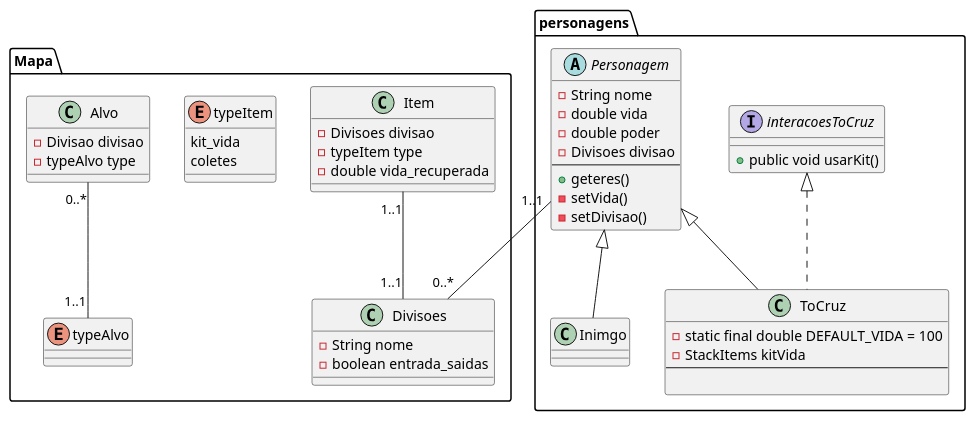
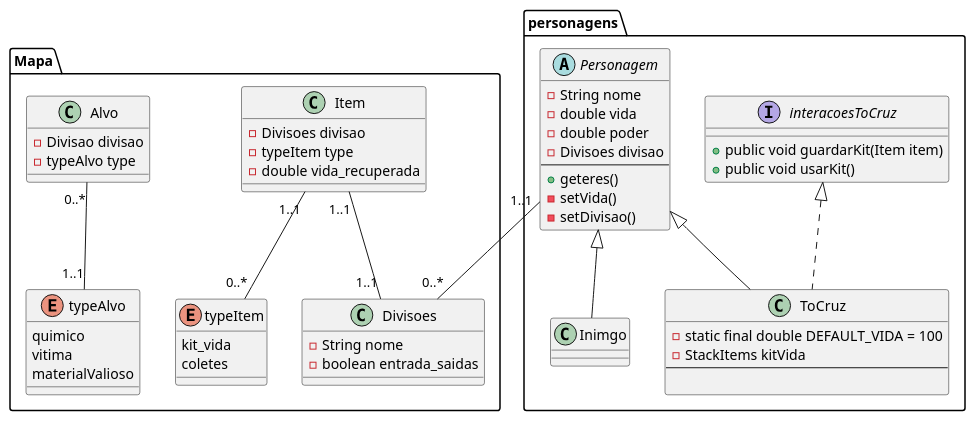
Before and after one commit to Arturito2005/TrabalhoGrupoED_ToCruz: the diagram in Digaramas/DiagramaClasses/DiagramaClasses.plantuml, drawn with PlantUML.

Commit message:
3º commit
Dei este commit para poder criar as Branchs

```diff
--- a/Digaramas/DiagramaClasses/DiagramaClasses.plantuml
+++ b/Digaramas/DiagramaClasses/DiagramaClasses.plantuml
@@ -1,70 +1,72 @@
 @startuml DiagramaClassesToCruz
 
 package "Mapa" {
     class Divisoes {
         - String nome
         - boolean entrada_saidas
     }
 
 
     enum typeAlvo {
-
+        quimico 
+        vitima
+        materialValioso
     }
 
     class Alvo {
         - Divisao divisao
         - typeAlvo type
     }
-
 
     enum typeItem {
         kit_vida
         coletes
     }
 
     /'Se houver diferente entre o que cada item fornce,
     criar hierarquia'/
     class Item {
         - Divisoes divisao
         - typeItem type
         - double vida_recuperada
     }
 
     Item "1..1" -- "1..1" Divisoes
+    Item "1..1" -- "0..*" typeItem
     Alvo "0..*" -- "1..1" typeAlvo
 }
 
 package "personagens" {
     abstract class Personagem {
         - String nome
         - double vida
         - double poder
         - Divisoes divisao
         --
         + geteres()
         - setVida()
         - setDivisao()
     }
 
     interface interacoesToCruz {
+        + public void guardarKit(Item item)        
         + public void usarKit()
-
-        
     }
     /'
     A Stack guarda apenas os kitVida
     '/
     class ToCruz extends Personagem implements interacoesToCruz {
         - static final double DEFAULT_VIDA = 100
         - StackItems kitVida
         --
-        
+
     }
 
     class Inimgo extends Personagem {
 
     }
 
     Personagem "1..1" -- "0..*" Divisoes
 }
+
 @enduml
```
